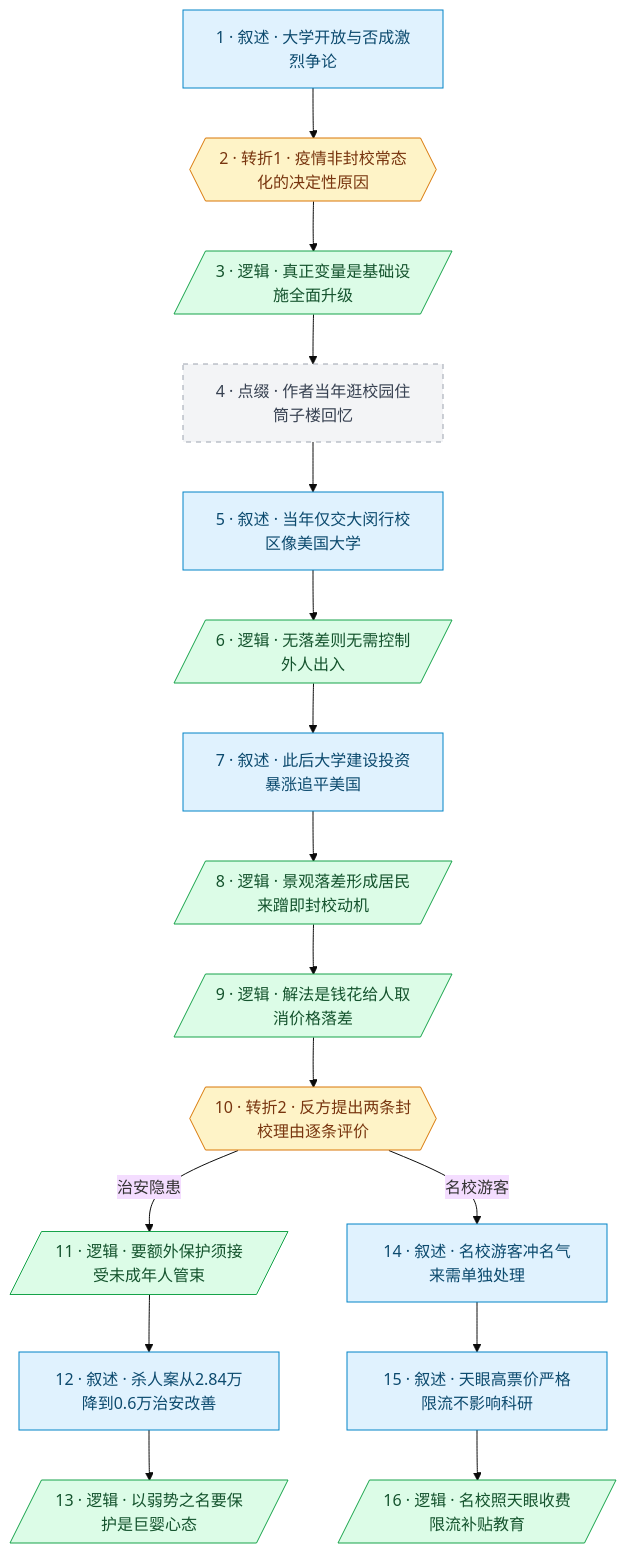
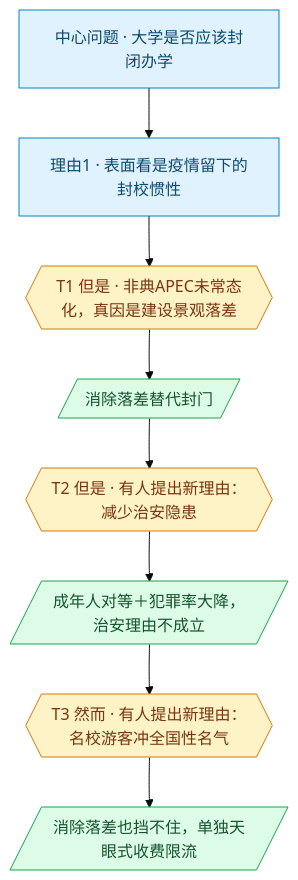
The diagram in btnews/1001_1100/btnews_1063.madugong-analysis.md (liusining/mdg-media-skills), drawn with Mermaid (base theme) before and after one commit. The commit also changed other lines of this file, not shown here.

````diff
--- a/btnews/1001_1100/btnews_1063.madugong-analysis.md
+++ b/btnews/1001_1100/btnews_1063.madugong-analysis.md
@@ -69,28 +70,18 @@
 ```mermaid
 flowchart TD
     classDef typeA fill:#e0f2fe,stroke:#0284c7,color:#0c4a6e
     classDef typeB fill:#dcfce7,stroke:#16a34a,color:#14532d
     classDef typeC fill:#f3f4f6,stroke:#9ca3af,color:#374151,stroke-dasharray:5 5
     classDef typeD fill:#fef3c7,stroke:#d97706,color:#78350f
 
-    1["1 · 叙述 · 大学开放与否成激烈争论"]:::typeA
-    2{{"2 · 转折1 · 疫情非封校常态化的决定性原因"}}:::typeD
-    3[/"3 · 逻辑 · 真正变量是基础设施全面升级"/]:::typeB
-    4["4 · 点缀 · 作者当年逛校园住筒子楼回忆"]:::typeC
-    5["5 · 叙述 · 当年仅交大闵行校区像美国大学"]:::typeA
-    6[/"6 · 逻辑 · 无落差则无需控制外人出入"/]:::typeB
-    7["7 · 叙述 · 此后大学建设投资暴涨追平美国"]:::typeA
-    8[/"8 · 逻辑 · 景观落差形成居民来蹭即封校动机"/]:::typeB
-    9[/"9 · 逻辑 · 解法是钱花给人取消价格落差"/]:::typeB
-    10{{"10 · 转折2 · 反方提出两条封校理由逐条评价"}}:::typeD
-    11[/"11 · 逻辑 · 要额外保护须接受未成年人管束"/]:::typeB
-    12["12 · 叙述 · 杀人案从2.84万降到0.6万治安改善"]:::typeA
-    13[/"13 · 逻辑 · 以弱势之名要保护是巨婴心态"/]:::typeB
-    14["14 · 叙述 · 名校游客冲名气来需单独处理"]:::typeA
-    15["15 · 叙述 · 天眼高票价严格限流不影响科研"]:::typeA
-    16[/"16 · 逻辑 · 名校照天眼收费限流补贴教育"/]:::typeB
+    Q["中心问题 · 大学是否应该封闭办学"]:::typeA
+    R1["理由1 · 表面看是疫情留下的封校惯性"]:::typeA
+    T1{{"T1 但是 · 非典APEC未常态化，真因是建设景观落差"}}:::typeD
+    S1[/"消除落差替代封门"/]:::typeB
+    T2{{"T2 但是 · 有人提出新理由：减少治安隐患"}}:::typeD
+    E2[/"成年人对等＋犯罪率大降，治安理由不成立"/]:::typeB
+    T3{{"T3 然而 · 有人提出新理由：名校游客冲全国性名气"}}:::typeD
+    E3[/"消除落差也挡不住，单独天眼式收费限流"/]:::typeB
 
-    1 --> 2 --> 3 --> 4 --> 5 --> 6 --> 7 --> 8 --> 9 --> 10
-    10 -->|治安隐患| 11 --> 12 --> 13
-    10 -->|名校游客| 14 --> 15 --> 16
+    Q --> R1 --> T1 --> S1 --> T2 --> E2 --> T3 --> E3
 ```
````
